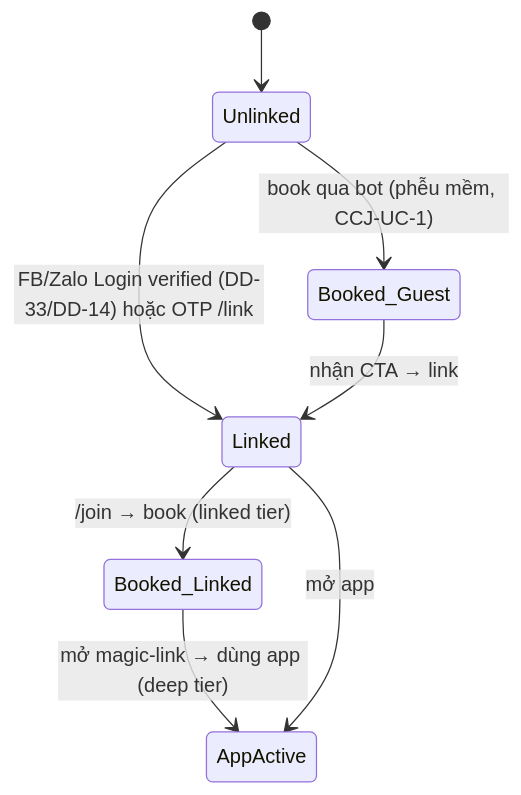
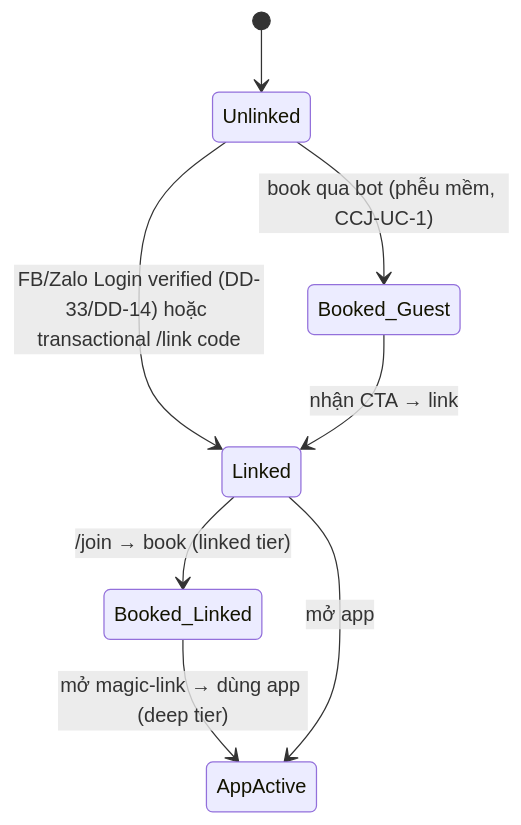
The diagram in docs/features/feature_channel_booking_funnel.md (maingocanh1702/plexco-app), drawn with Mermaid before and after one commit. The commit also changed other lines of this file and 63 other files, not shown here.

````diff
--- a/docs/features/feature_channel_booking_funnel.md
+++ b/docs/features/feature_channel_booking_funnel.md
@@ -105,10 +105,10 @@
 ```mermaid
 stateDiagram-v2
     [*] --> Unlinked
-    Unlinked --> Linked: FB/Zalo Login verified (DD-33/DD-14) hoặc OTP /link
+    Unlinked --> Linked: FB/Zalo Login verified (DD-33/DD-14) hoặc transactional /link code
     Unlinked --> Booked_Guest: book qua bot (phễu mềm, CCJ-UC-1)
     Booked_Guest --> Linked: nhận CTA → link
     Linked --> Booked_Linked: /join → book (linked tier)
     Booked_Linked --> AppActive: mở magic-link → dùng app (deep tier)
     Linked --> AppActive: mở app
 ```
````
